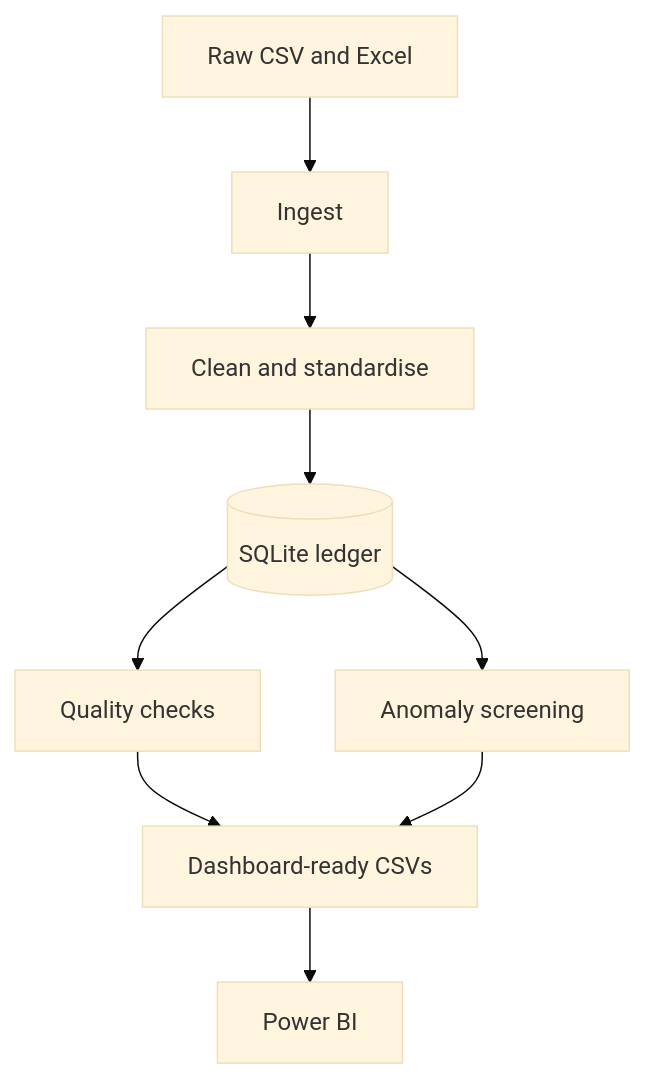
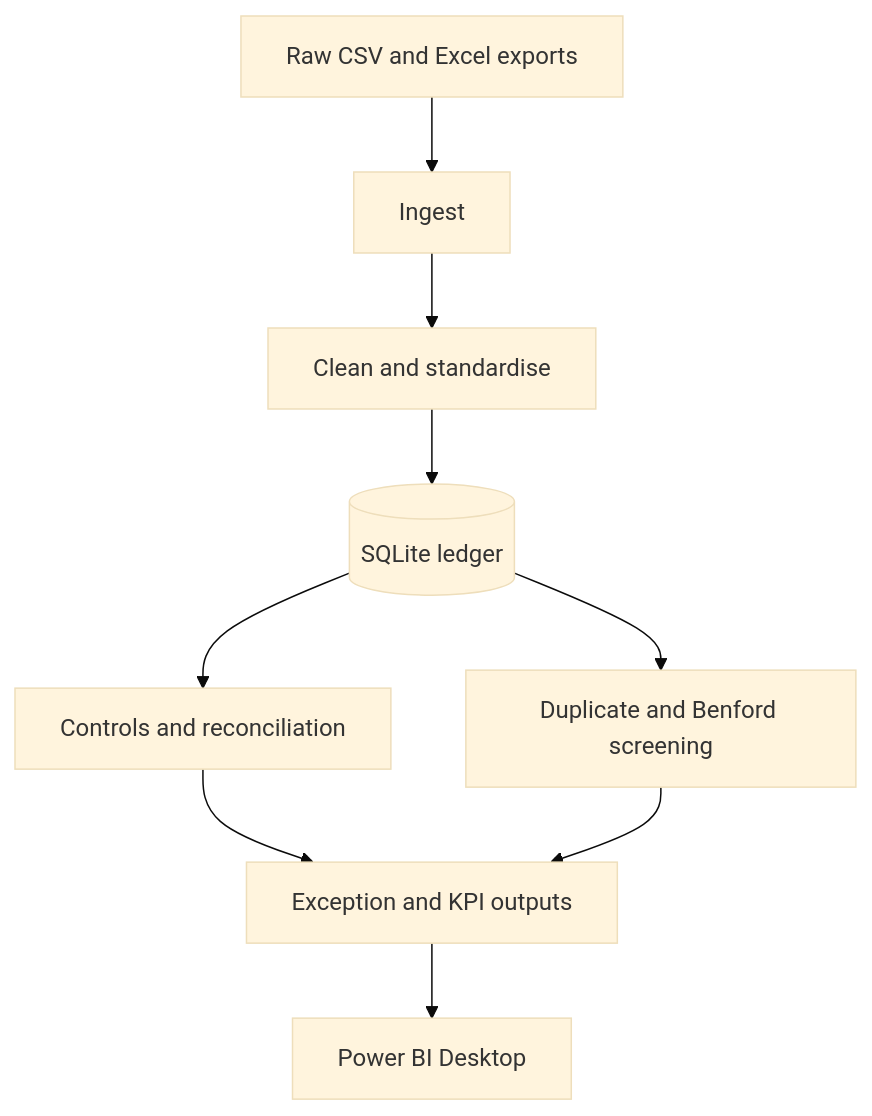
Before and after one commit to NathS04/ledger-data-quality: the diagram in README.md, drawn with Mermaid (base theme). The commit also changed other lines of this file and 3 other files, not shown here.

````diff
--- a/README.md
+++ b/README.md
@@ -7,11 +18,11 @@
 ```mermaid
 flowchart TD
-    A[Raw CSV and Excel] --> B[Ingest]
+    A[Raw CSV and Excel exports] --> B[Ingest]
     B --> C[Clean and standardise]
     C --> D[(SQLite ledger)]
-    D --> E[Quality checks]
-    D --> F[Anomaly screening]
-    E --> G[Dashboard-ready CSVs]
+    D --> E[Controls and reconciliation]
+    D --> F[Duplicate and Benford screening]
+    E --> G[Exception and KPI outputs]
     F --> G
-    G --> H[Power BI]
+    G --> H[Power BI Desktop]
 ```
````
